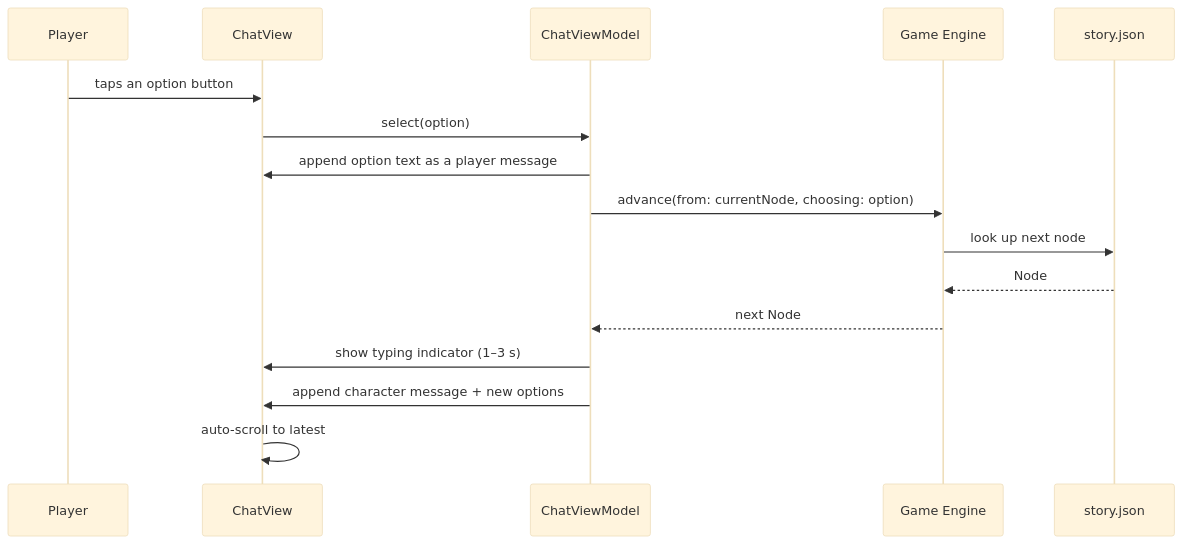
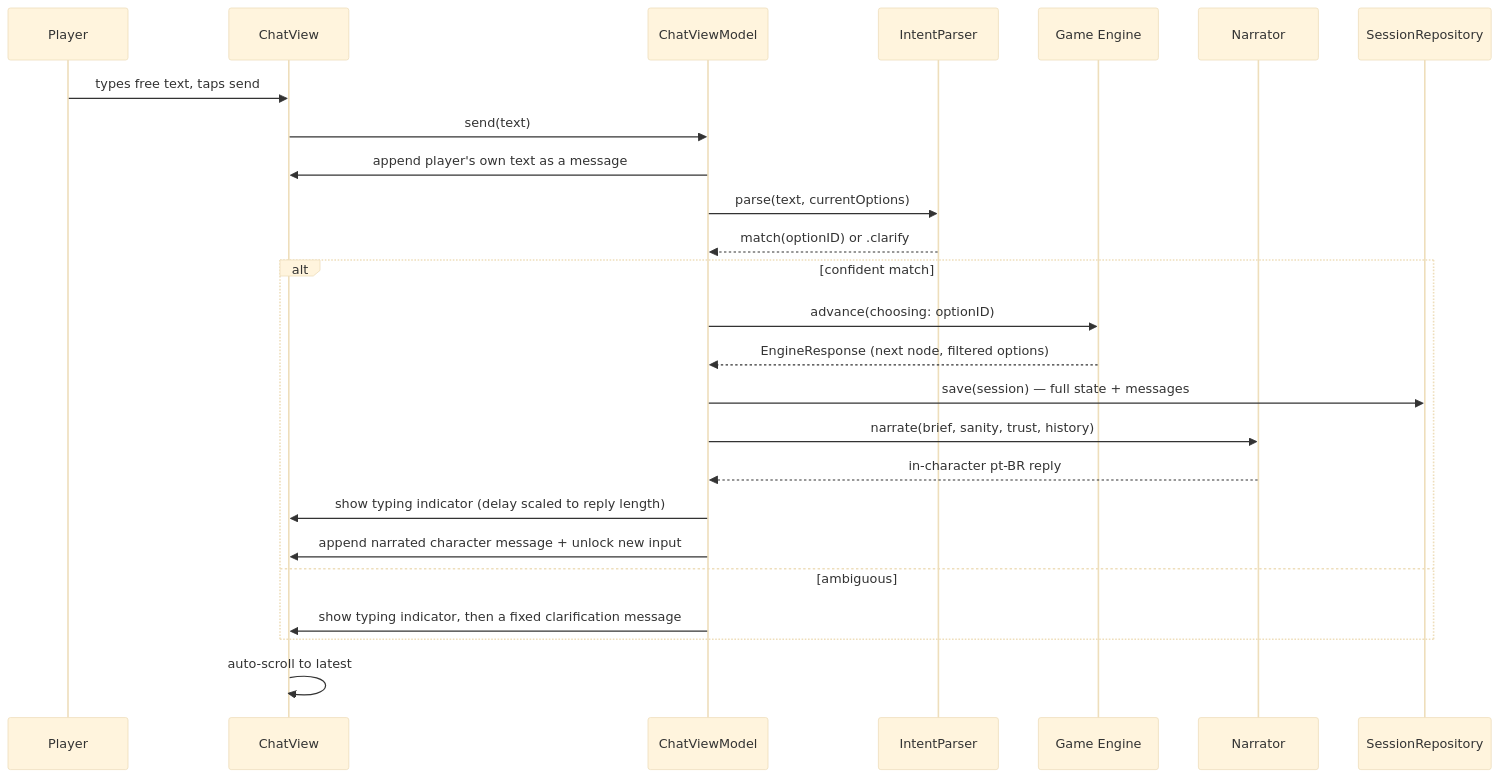
One commit to rixhards/DeepDive changed the diagram in docs/architecture.md. Above: the diagram before and after it, drawn with Mermaid (base theme). The commit also changed other lines of this file and 25 other files, not shown here.

````diff
--- a/docs/architecture.md
+++ b/docs/architecture.md
@@ -108,19 +121,28 @@
 ```mermaid
 sequenceDiagram
     participant P as Player
     participant V as ChatView
     participant VM as ChatViewModel
+    participant IP as IntentParser
     participant E as Game Engine
-    participant D as story.json
+    participant N as Narrator
+    participant S as SessionRepository
 
-    P->>V: taps an option button
-    V->>VM: select(option)
-    VM->>V: append option text as a player message
-    VM->>E: advance(from: currentNode, choosing: option)
-    E->>D: look up next node
-    D-->>E: Node
-    E-->>VM: next Node
-    VM->>V: show typing indicator (1–3 s)
-    VM->>V: append character message + new options
+    P->>V: types free text, taps send
+    V->>VM: send(text)
+    VM->>V: append player's own text as a message
+    VM->>IP: parse(text, currentOptions)
+    IP-->>VM: match(optionID) or .clarify
+    alt confident match
+        VM->>E: advance(choosing: optionID)
+        E-->>VM: EngineResponse (next node, filtered options)
+        VM->>S: save(session) — full state + messages
+        VM->>N: narrate(brief, sanity, trust, history)
+        N-->>VM: in-character pt-BR reply
+        VM->>V: show typing indicator (delay scaled to reply length)
+        VM->>V: append narrated character message + unlock new input
+    else ambiguous
+        VM->>V: show typing indicator, then a fixed clarification message
+    end
     V->>V: auto-scroll to latest
 ```
````
